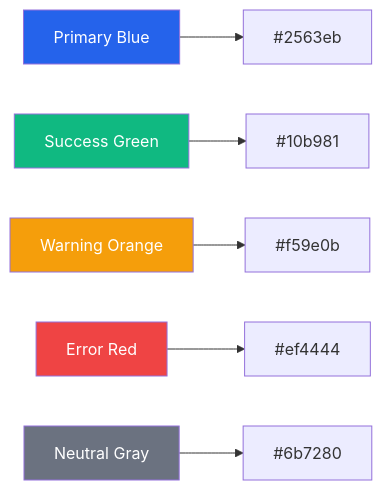
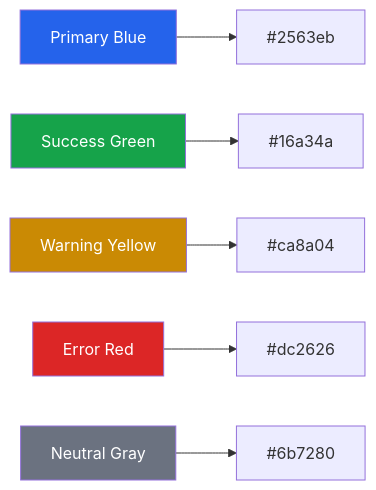
One commit to counttalita/benchwarmers changed the third of 8 diagrams in docs/user-experience-guide.md. Above: the diagram before and after it, drawn with Mermaid. The commit also changed other lines of this file and 8 other files, not shown here.

First line of the commit message:
fix: update documentation to reflect correct talent marketplace flow

````diff
--- a/docs/user-experience-guide.md
+++ b/docs/user-experience-guide.md
@@ -114,14 +115,14 @@
 ```mermaid
 graph LR
     A[Primary Blue] --> B[#2563eb]
-    C[Success Green] --> D[#10b981]
-    E[Warning Orange] --> F[#f59e0b]
-    G[Error Red] --> H[#ef4444]
+    C[Success Green] --> D[#16a34a]
+    E[Warning Yellow] --> F[#ca8a04]
+    G[Error Red] --> H[#dc2626]
     I[Neutral Gray] --> J[#6b7280]
     
     style A fill:#2563eb,color:#fff
-    style C fill:#10b981,color:#fff
-    style E fill:#f59e0b,color:#fff
-    style G fill:#ef4444,color:#fff
+    style C fill:#16a34a,color:#fff
+    style E fill:#ca8a04,color:#fff
+    style G fill:#dc2626,color:#fff
     style I fill:#6b7280,color:#fff
 ```
````
